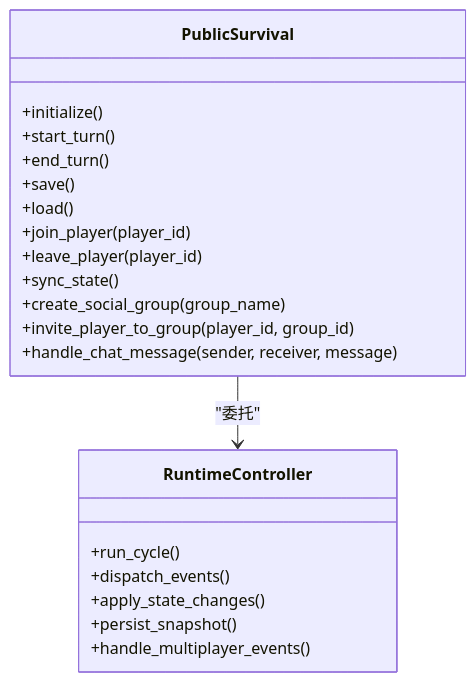
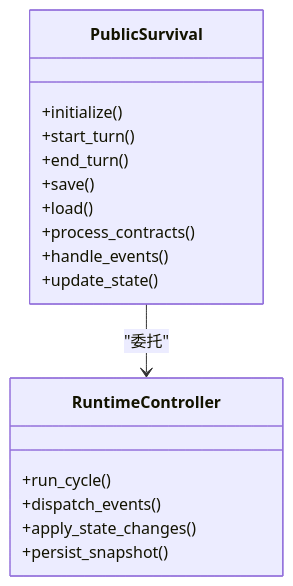
One commit to Ivandanslespace/thegreatnovel changed the third of 9 diagrams in .qoder/repowiki/zh/content/运行时系统/公共生存模式.md. Above: the diagram before and after it, drawn with Mermaid. The commit also changed other lines of this file and 100 other files, not shown here.

````diff
--- a/.qoder/repowiki/zh/content/运行时系统/公共生存模式.md
+++ b/.qoder/repowiki/zh/content/运行时系统/公共生存模式.md
@@ -228,24 +200,20 @@
 ```mermaid
 classDiagram
 class PublicSurvival {
 +initialize()
 +start_turn()
 +end_turn()
 +save()
 +load()
-+join_player(player_id)
-+leave_player(player_id)
-+sync_state()
-+create_social_group(group_name)
-+invite_player_to_group(player_id, group_id)
-+handle_chat_message(sender, receiver, message)
++process_contracts()
++handle_events()
++update_state()
 }
 class RuntimeController {
 +run_cycle()
 +dispatch_events()
 +apply_state_changes()
 +persist_snapshot()
-+handle_multiplayer_events()
 }
 PublicSurvival --> RuntimeController : "委托"
 ```
````
